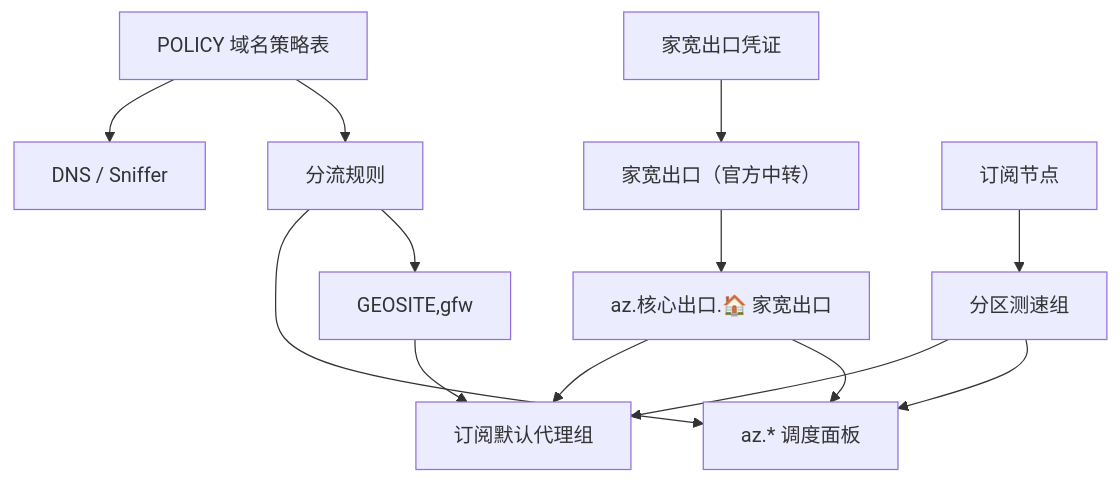
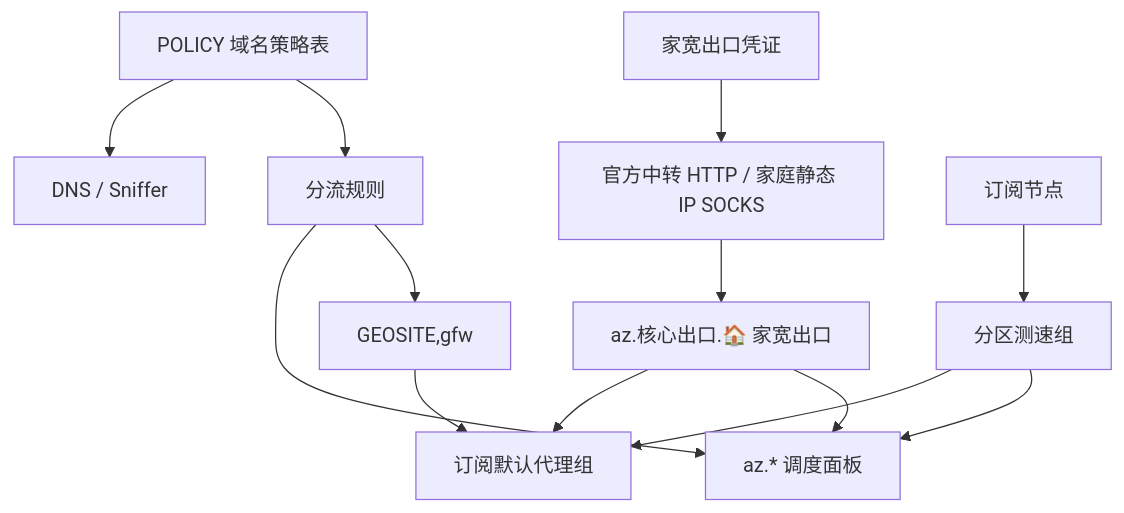
One commit to andrew-zyf/clash-override-home-broadband-chain-proxy changed the diagram in README.md. Above: the diagram before and after it, drawn with Mermaid. The commit also changed other lines of this file and 3 other files, not shown here.

````diff
--- a/README.md
+++ b/README.md
@@ -112,15 +125,15 @@
 ```mermaid
 flowchart TD
   A["POLICY 域名策略表"] --> B["DNS / Sniffer"]
   A --> C["分流规则"]
-  D["家宽出口凭证"] --> E["家宽出口（官方中转）"]
+  D["家宽出口凭证"] --> E["官方中转 HTTP / 家庭静态 IP SOCKS"]
   E --> F["az.核心出口.🏠 家宽出口"]
   G["订阅节点"] --> H["分区测速组"]
   H --> I["订阅默认代理组"]
   F --> I
   F --> J["az.* 调度面板"]
   H --> J
   C --> J
   C --> K["GEOSITE,gfw"]
   K --> I
 ```
````
